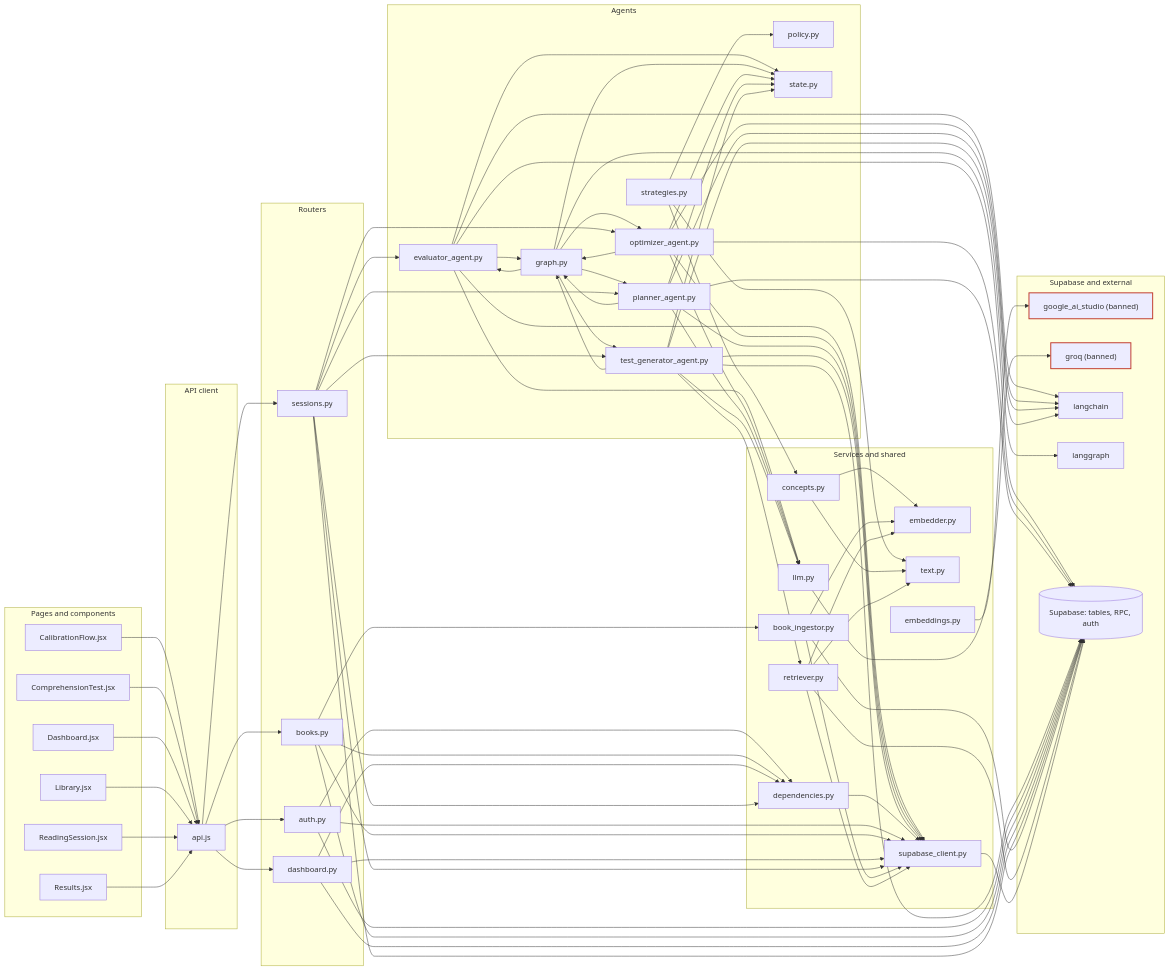
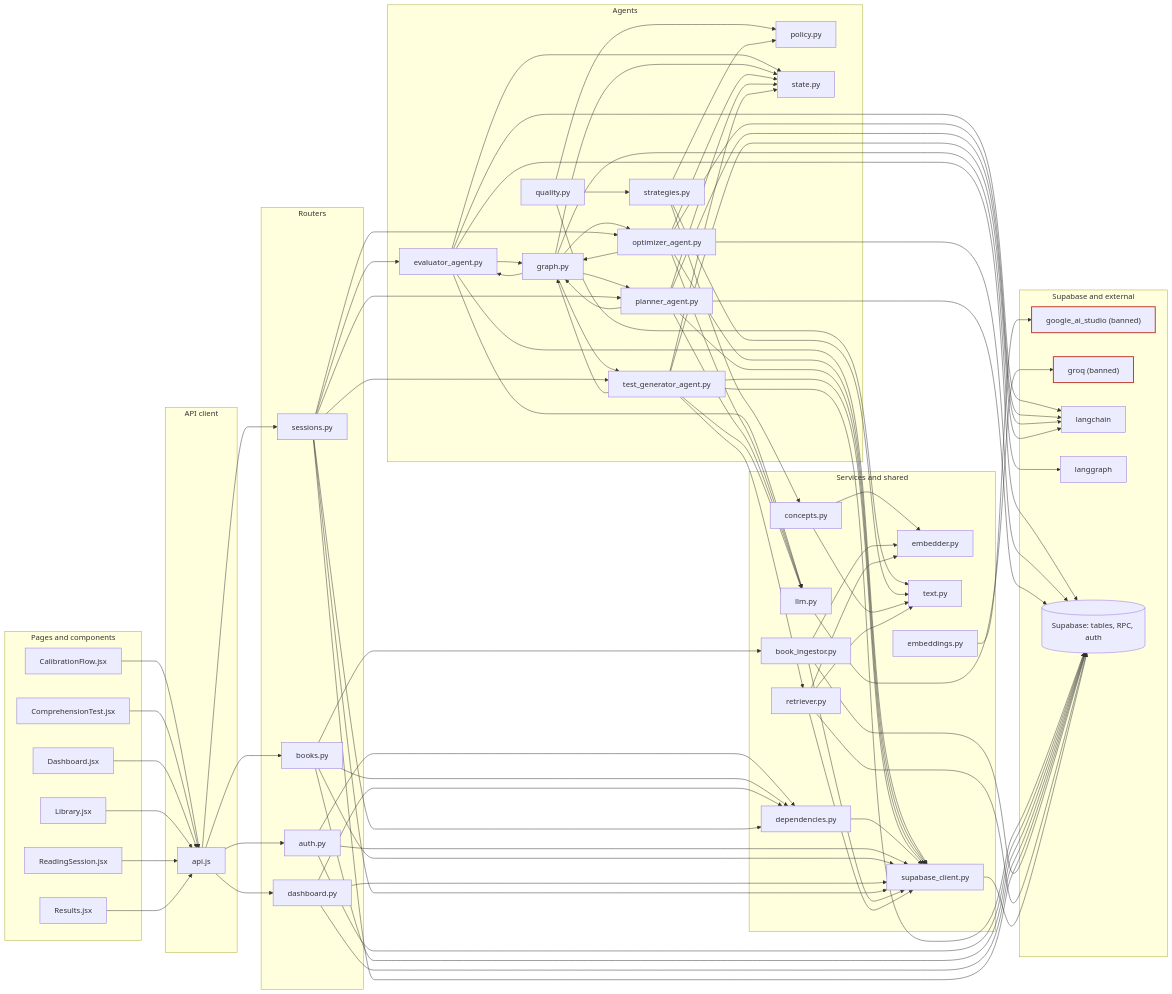
Before and after one commit to asparagusD/readfocus: the first of 2 diagrams in docs/repo-graph/REPO_MAP.md, drawn with Mermaid. The commit also changed other lines of this file and 9 other files, not shown here.

First line of the commit message:
feat(agents): add question quality filter and dedupe

```diff
--- a/docs/repo-graph/REPO_MAP.md
+++ b/docs/repo-graph/REPO_MAP.md
@@ -35,6 +35,7 @@
     file_backend_agents_optimizer_agent_py["optimizer_agent.py"]
     file_backend_agents_planner_agent_py["planner_agent.py"]
     file_backend_agents_policy_py["policy.py"]
+    file_backend_agents_question_generation_quality_py["quality.py"]
     file_backend_agents_question_generation_strategies_py["strategies.py"]
     file_backend_agents_state_py["state.py"]
     file_backend_agents_test_generator_agent_py["test_generator_agent.py"]
@@ -81,6 +82,9 @@
   file_backend_agents_planner_agent_py --> file_backend_services_llm_py
   file_backend_agents_planner_agent_py --> file_backend_services_supabase_client_py
   file_backend_agents_planner_agent_py --> supabase
+  file_backend_agents_question_generation_quality_py --> file_backend_agents_policy_py
+  file_backend_agents_question_generation_quality_py --> file_backend_agents_question_generation_strategies_py
+  file_backend_agents_question_generation_quality_py --> file_backend_nlp_text_py
   file_backend_agents_question_generation_strategies_py --> file_backend_agents_policy_py
   file_backend_agents_question_generation_strategies_py --> file_backend_nlp_concepts_py
   file_backend_agents_question_generation_strategies_py --> file_backend_nlp_text_py
```
